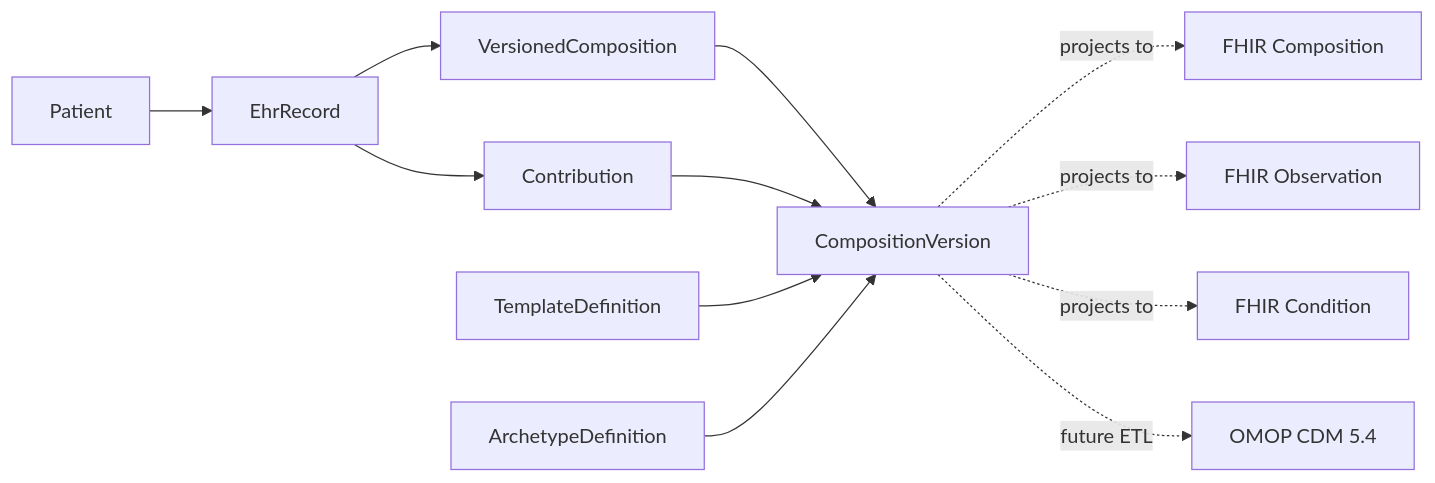
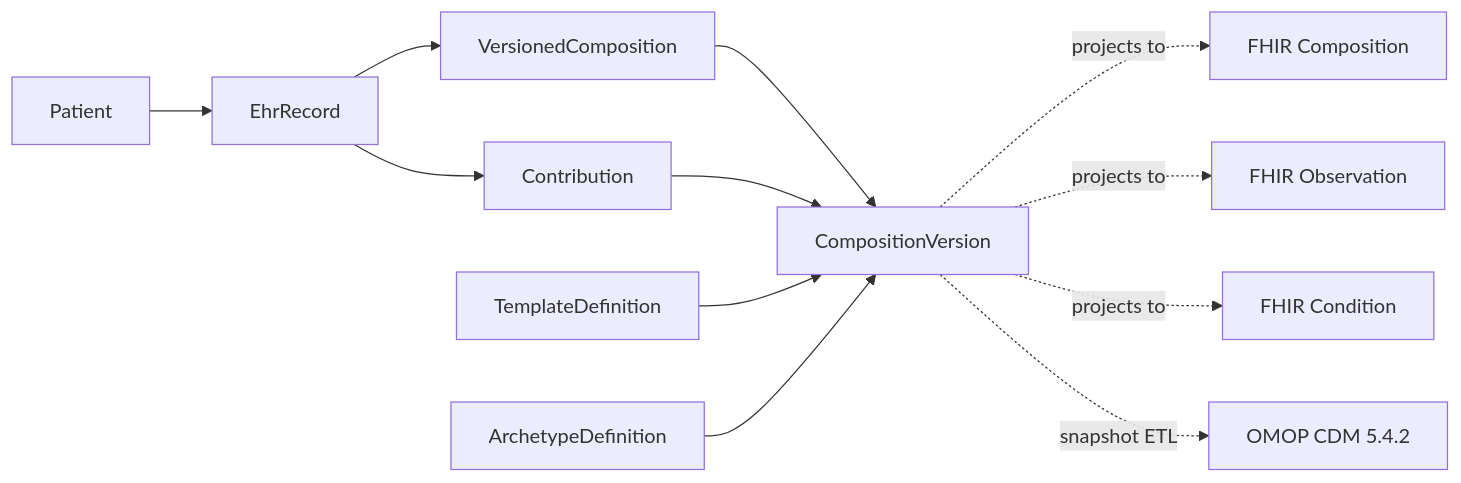
One commit to filiperochalopes/fhir-soap-record changed the diagram in README.md. Above: the diagram before and after it, drawn with Mermaid. The commit also changed other lines of this file and 21 other files, not shown here.

First line of the commit message:
feat(omop): add OMOP CDM 5.4.2 analytical projection

````diff
--- a/README.md
+++ b/README.md
@@ -47,15 +47,15 @@
 ```mermaid
 flowchart LR
   Patient --> EhrRecord
   EhrRecord --> Contribution
   EhrRecord --> VersionedComposition
   VersionedComposition --> CompositionVersion
   Contribution --> CompositionVersion
   TemplateDefinition --> CompositionVersion
   ArchetypeDefinition --> CompositionVersion
 
   CompositionVersion -. projects to .-> FHIRComposition[FHIR Composition]
   CompositionVersion -. projects to .-> FHIRObservation[FHIR Observation]
   CompositionVersion -. projects to .-> FHIRCondition[FHIR Condition]
-  CompositionVersion -. future ETL .-> OMOP[OMOP CDM 5.4]
+  CompositionVersion -. snapshot ETL .-> OMOP[OMOP CDM 5.4.2]
 ```
````
